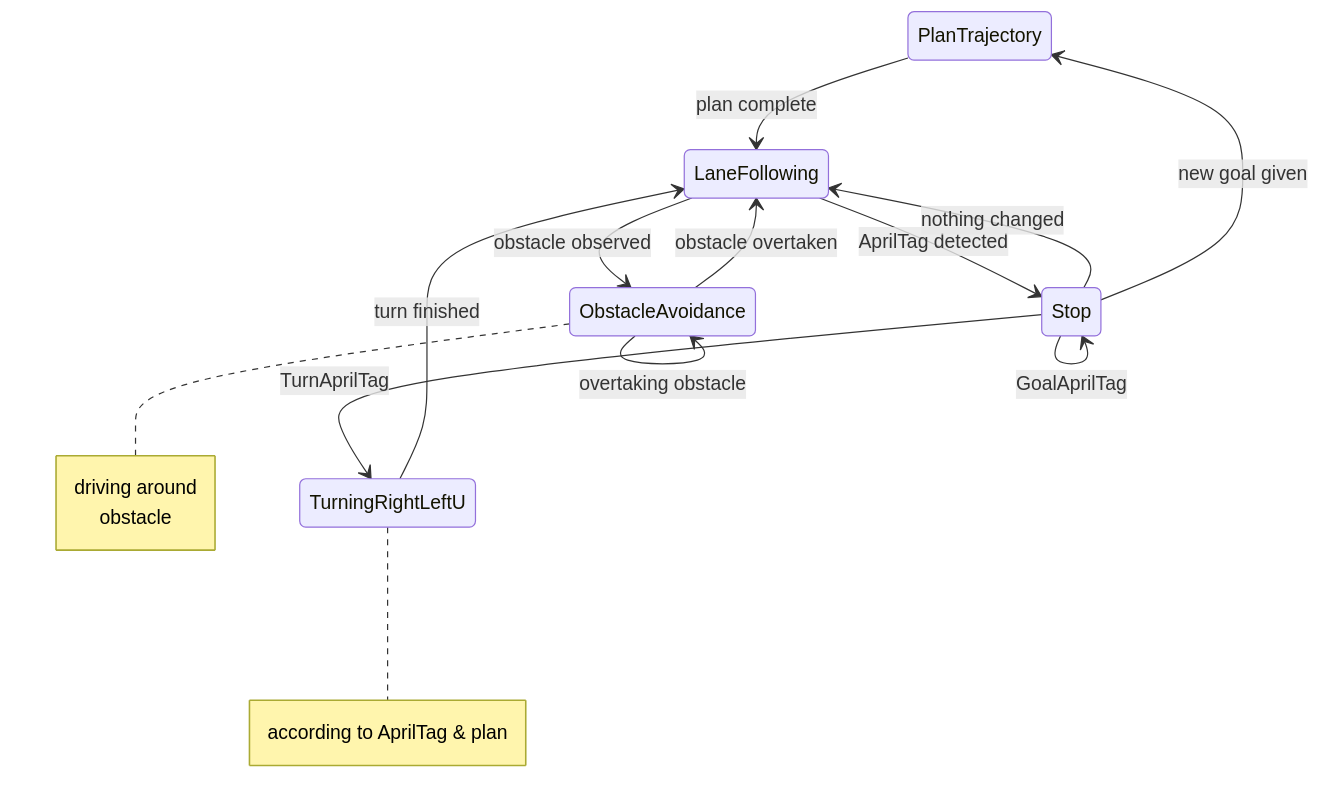
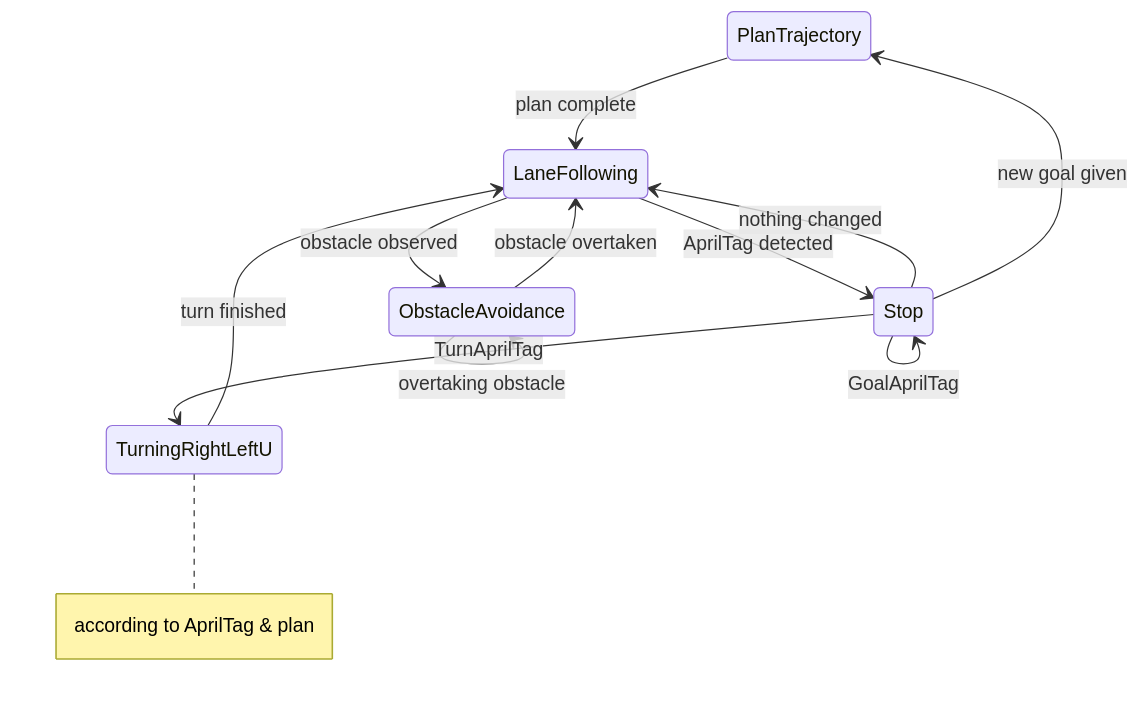
Before and after one commit to li-yunwen/DuckieTown: the diagram in README.md, drawn with Mermaid.

Commit message:
README changes

````diff
--- a/README.md
+++ b/README.md
@@ -85,26 +85,21 @@
 ```mermaid
 stateDiagram-v2
     
     PlanTrajectory --> LaneFollowing: plan complete
     
     LaneFollowing --> ObstacleAvoidance: obstacle observed
     ObstacleAvoidance --> LaneFollowing: obstacle overtaken
     ObstacleAvoidance --> ObstacleAvoidance: overtaking obstacle
-    
-    note right of ObstacleAvoidance
-        driving around
-        obstacle 
-    end note
     
     LaneFollowing --> Stop: AprilTag detected
     Stop --> LaneFollowing: nothing changed
     Stop --> TurningRightLeftU: TurnAprilTag
     Stop --> Stop: GoalAprilTag
     Stop --> PlanTrajectory: new goal given
     
     TurningRightLeftU --> LaneFollowing: turn finished
     
     note right of TurningRightLeftU
         according to AprilTag & plan
     end note
 ```
````
